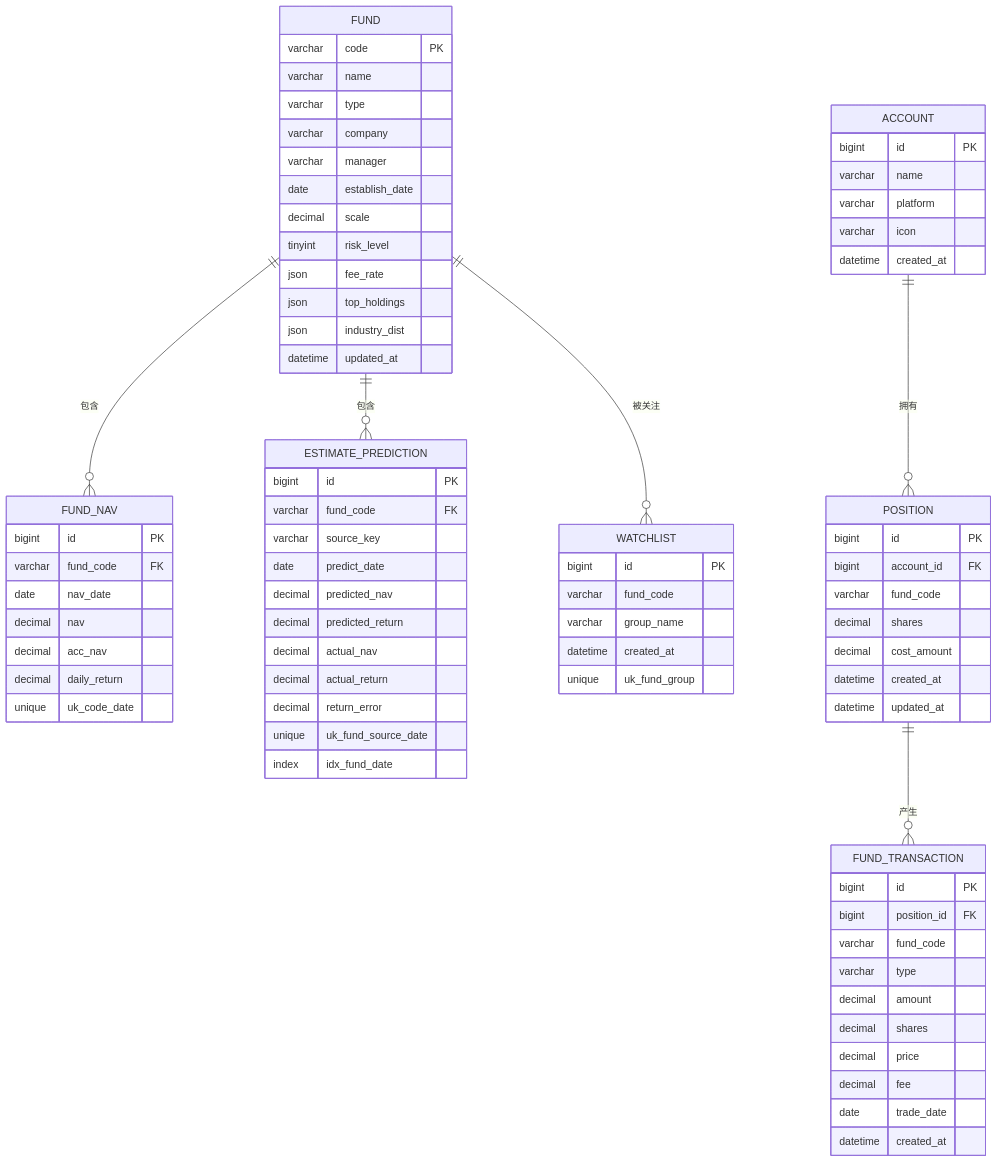
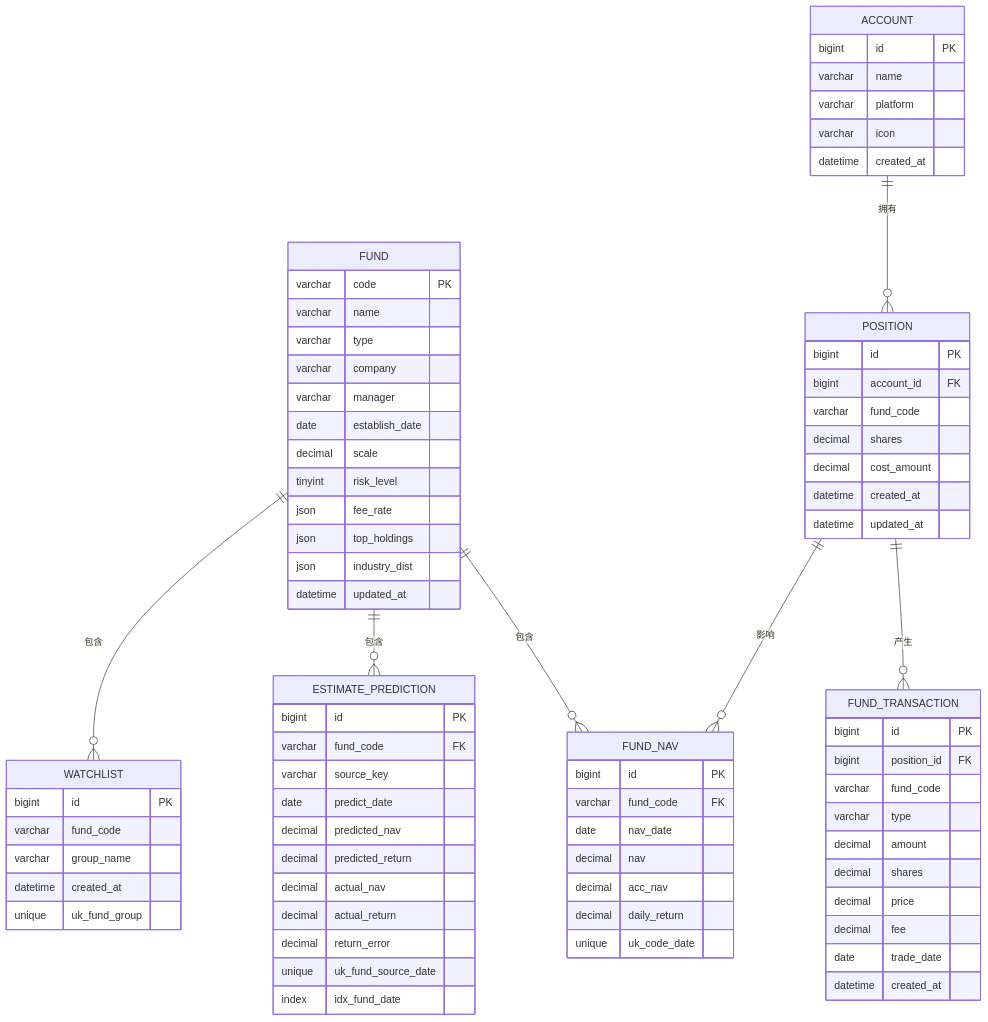
One commit to gree-coder/fund-butler changed diagram 28 of 28 in .qoder/repowiki/zh/content/核心功能开发/FundController增强.md. Above: the diagram before and after it, drawn with Mermaid. The commit also changed other lines of this file and 7 other files, not shown here.

````diff
--- a/.qoder/repowiki/zh/content/核心功能开发/FundController增强.md
+++ b/.qoder/repowiki/zh/content/核心功能开发/FundController增强.md
@@ -973,79 +1129,80 @@
 ```mermaid
 erDiagram
 FUND {
 varchar code PK
 varchar name
 varchar type
 varchar company
 varchar manager
 date establish_date
 decimal scale
 tinyint risk_level
 json fee_rate
 json top_holdings
 json industry_dist
 datetime updated_at
 }
 FUND_NAV {
 bigint id PK
 varchar fund_code FK
 date nav_date
 decimal nav
 decimal acc_nav
 decimal daily_return
 unique uk_code_date
 }
 ESTIMATE_PREDICTION {
 bigint id PK
 varchar fund_code FK
 varchar source_key
 date predict_date
 decimal predicted_nav
 decimal predicted_return
 decimal actual_nav
 decimal actual_return
 decimal return_error
 unique uk_fund_source_date
 index idx_fund_date
 }
 ACCOUNT {
 bigint id PK
 varchar name
 varchar platform
 varchar icon
 datetime created_at
 }
 POSITION {
 bigint id PK
 bigint account_id FK
 varchar fund_code
 decimal shares
 decimal cost_amount
 datetime created_at
 datetime updated_at
 }
 FUND_TRANSACTION {
 bigint id PK
 bigint position_id FK
 varchar fund_code
 varchar type
 decimal amount
 decimal shares
 decimal price
 decimal fee
 date trade_date
 datetime created_at
 }
 WATCHLIST {
 bigint id PK
 varchar fund_code
 varchar group_name
 datetime created_at
 unique uk_fund_group
 }
 FUND ||--o{ FUND_NAV : "包含"
 FUND ||--o{ ESTIMATE_PREDICTION : "包含"
+FUND ||--o{ WATCHLIST : "包含"
 ACCOUNT ||--o{ POSITION : "拥有"
 POSITION ||--o{ FUND_TRANSACTION : "产生"
-FUND ||--o{ WATCHLIST : "被关注"
+POSITION ||--o{ FUND_NAV : "影响"
 ```
````
